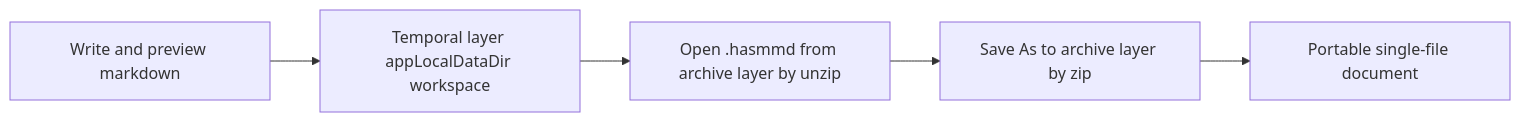
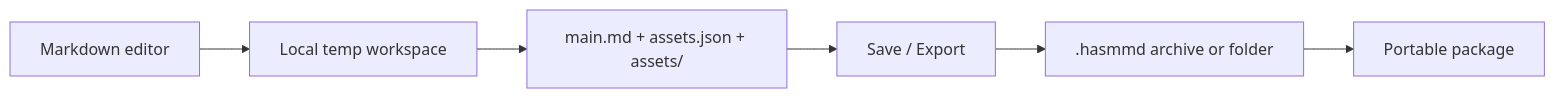
One commit to HibiyaHaraki/hasm_markdown changed the diagram in README.md. Above: the diagram before and after it, drawn with Mermaid. The commit also changed other lines of this file, not shown here.

````diff
--- a/README.md
+++ b/README.md
@@ -26,7 +7,8 @@
 ```mermaid
 flowchart LR
-    A[Write and preview markdown] --> B[Temporal layer appLocalDataDir workspace]
-    B --> C[Open .hasmmd from archive layer by unzip]
-    C --> D[Save As to archive layer by zip]
-    D --> E[Portable single-file document]
+    A[Markdown editor] --> B[Local temp workspace]
+    B --> C[main.md + assets.json + assets/]
+    C --> D[Save / Export]
+    D --> E[.hasmmd archive or folder]
+    E --> F[Portable package]
 ```
````
